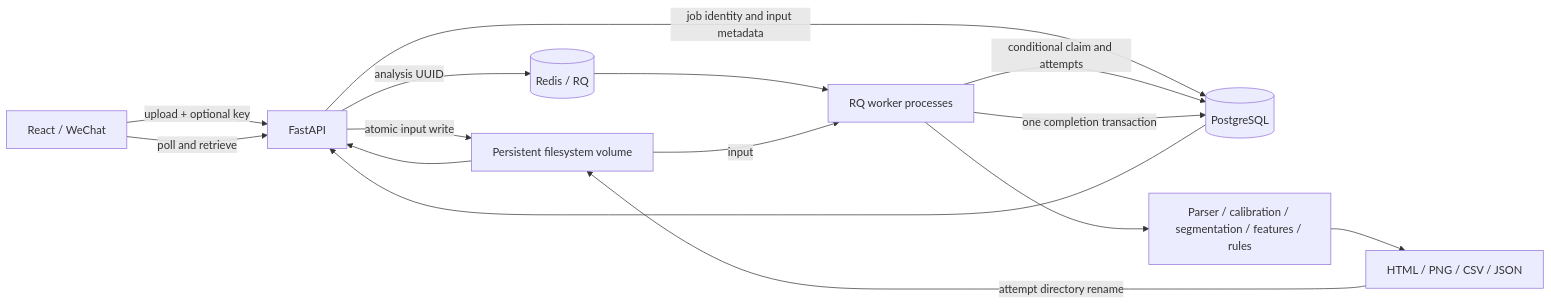
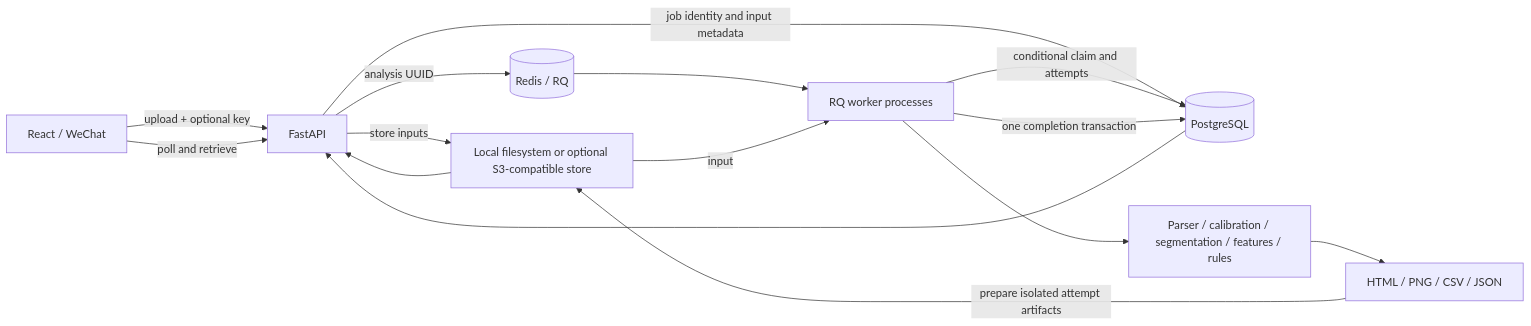
One commit to xiaorui7/StepWise-Wearable-Sensor-Analytics-Platform changed the diagram in docs/ARCHITECTURE.md. Above: the diagram before and after it, drawn with Mermaid. The commit also changed other lines of this file and 15 other files, not shown here.

````diff
--- a/docs/ARCHITECTURE.md
+++ b/docs/ARCHITECTURE.md
@@ -7,17 +7,17 @@
 ```mermaid
 flowchart LR
   Client[React / WeChat] -->|upload + optional key| API[FastAPI]
   API -->|job identity and input metadata| DB[(PostgreSQL)]
-  API -->|atomic input write| Files[Persistent filesystem volume]
+  API -->|store inputs| Files[Local filesystem or optional S3-compatible store]
   API -->|analysis UUID| Queue[(Redis / RQ)]
   Queue --> Worker[RQ worker processes]
   Worker -->|conditional claim and attempts| DB
   Files -->|input| Worker
   Worker --> Core[Parser / calibration / segmentation / features / rules]
   Core --> Reports[HTML / PNG / CSV / JSON]
-  Reports -->|attempt directory rename| Files
+  Reports -->|prepare isolated attempt artifacts| Files
   Worker -->|one completion transaction| DB
   Client -->|poll and retrieve| API
   DB --> API
   Files --> API
 ```
````
